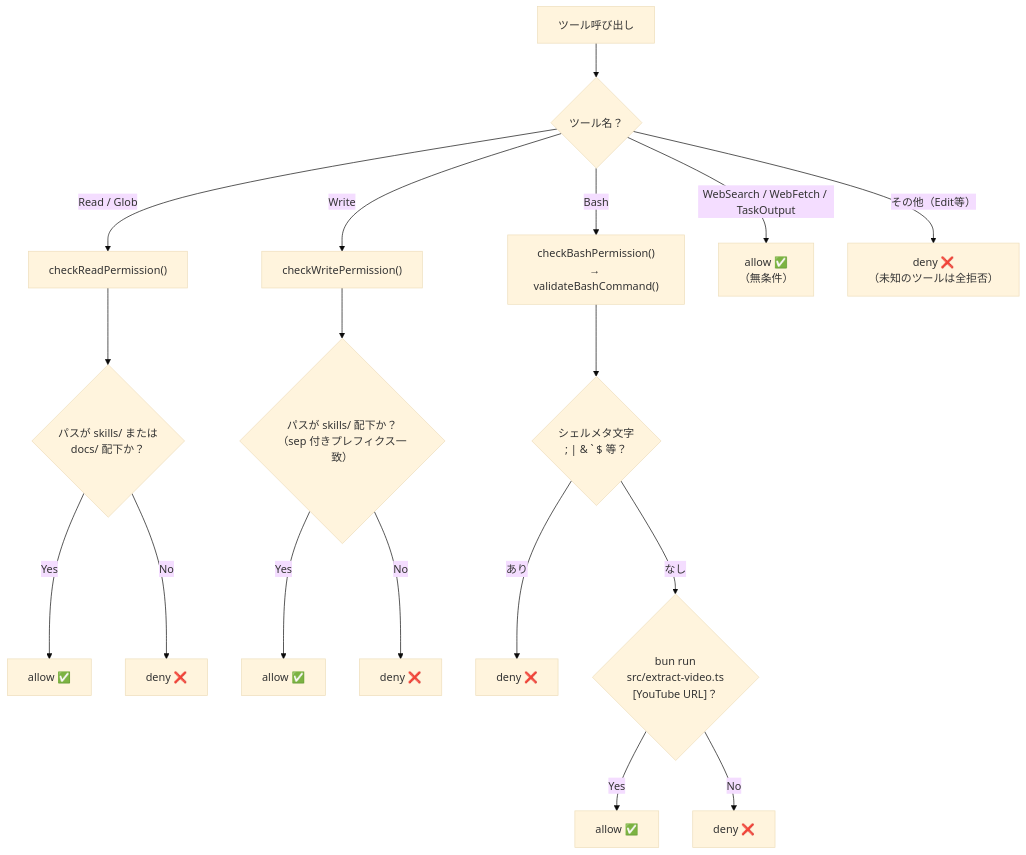
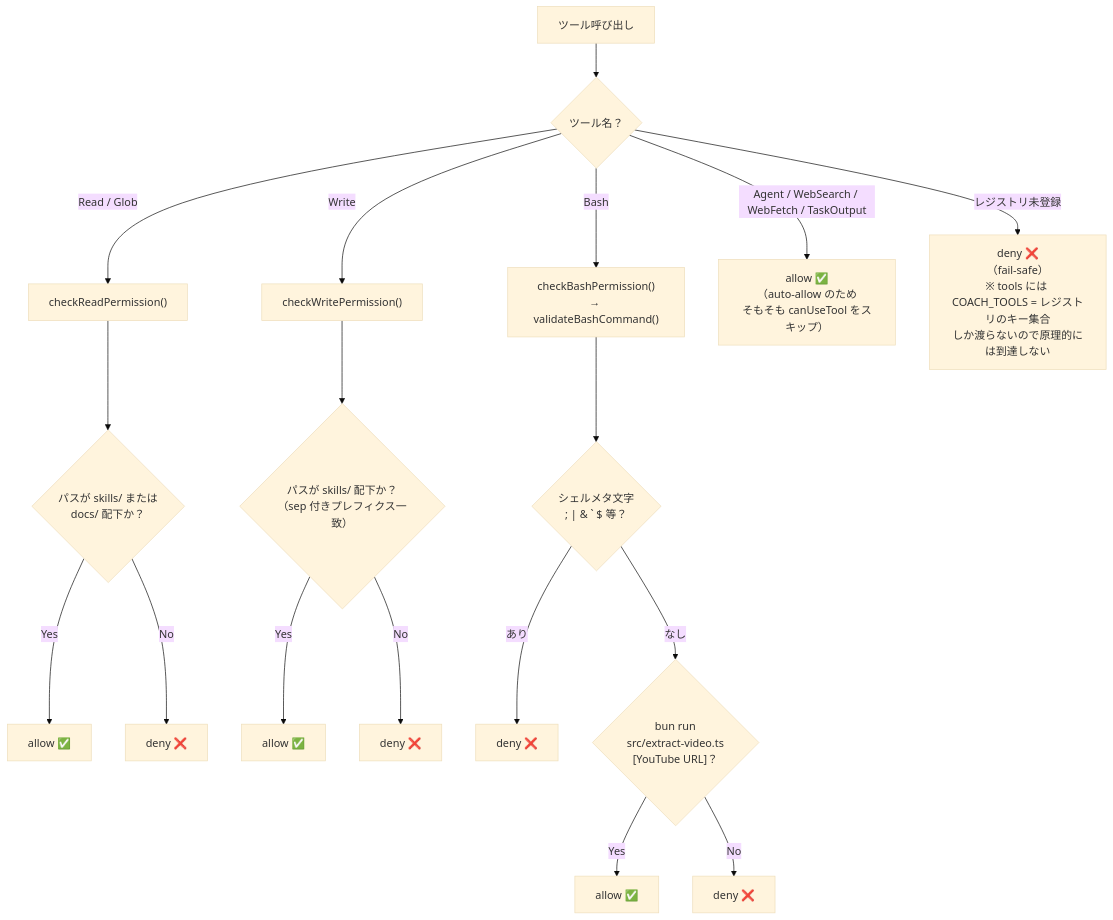
One commit to yukaorange/dcc_suport changed diagram 20 of 30 in docs/architecture.md. Above: the diagram before and after it, drawn with Mermaid (base theme). The commit also changed other lines of this file and 12 other files, not shown here.

Commit message:
chore(docs): アーキテクチャ図の更新とIllustrator/Photoshopスキルの追加

````diff
--- a/docs/architecture.md
+++ b/docs/architecture.md
@@ -635,25 +645,25 @@
 ```mermaid
 flowchart TD
     ToolCall["ツール呼び出し"] --> Switch{ツール名？}
 
     Switch -->|"Read / Glob"| ReadCheck["checkReadPermission()"]
     ReadCheck --> ReadPath{"パスが skills/ または<br>docs/ 配下か？"}
     ReadPath -->|Yes| RA["allow ✅"]
     ReadPath -->|No| RD["deny ❌"]
 
     Switch -->|Write| WriteCheck["checkWritePermission()"]
     WriteCheck --> WritePath{"パスが skills/ 配下か？<br>（sep 付きプレフィクス一致）"}
     WritePath -->|Yes| WA["allow ✅"]
     WritePath -->|No| WD["deny ❌"]
 
     Switch -->|Bash| BashCheck["checkBashPermission()<br>→ validateBashCommand()"]
     BashCheck --> Meta{"シェルメタ文字<br>; | & ` $ 等？"}
     Meta -->|あり| BD1["deny ❌"]
     Meta -->|なし| Structure{"bun run<br>src/extract-video.ts<br>[YouTube URL]？"}
     Structure -->|Yes| BA["allow ✅"]
     Structure -->|No| BD2["deny ❌"]
 
-    Switch -->|"WebSearch / WebFetch / TaskOutput"| WEB["allow ✅<br>（無条件）"]
+    Switch -->|"Agent / WebSearch / WebFetch / TaskOutput"| WEB["allow ✅<br>（auto-allow のため<br>そもそも canUseTool をスキップ）"]
 
-    Switch -->|"その他（Edit等）"| DEFAULT["deny ❌<br>（未知のツールは全拒否）"]
+    Switch -->|"レジストリ未登録"| DEFAULT["deny ❌<br>（fail-safe）<br>※ tools には COACH_TOOLS = レジストリのキー集合<br>しか渡らないので原理的には到達しない"]
 ```
````
